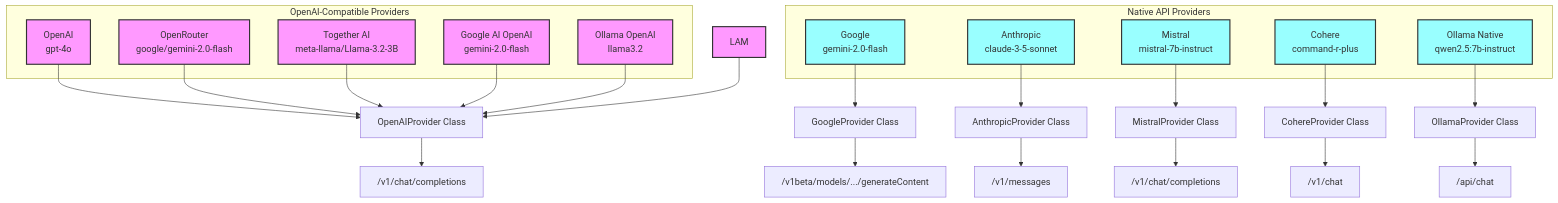
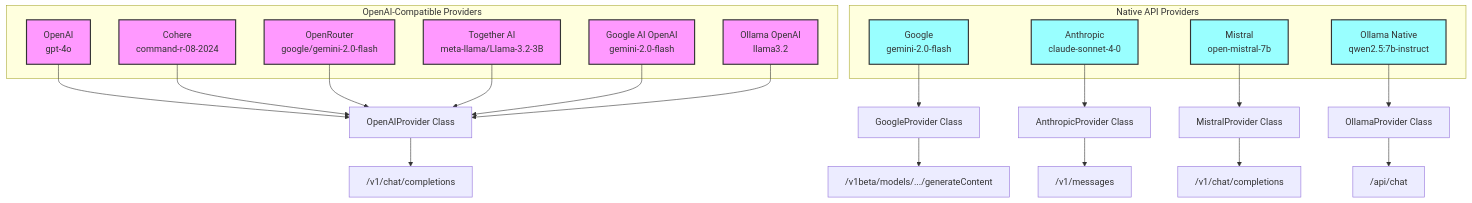
One commit to csells/dartantic_ai changed the diagram in wiki/OpenAI-Compat.md. Above: the diagram before and after it, drawn with Mermaid. The commit also changed other lines of this file and 6 other files, not shown here.

Commit message:
Update default Anthropic model to `claude-sonnet-4-0`

````diff
--- a/wiki/OpenAI-Compat.md
+++ b/wiki/OpenAI-Compat.md
@@ -5,51 +5,48 @@
 ```mermaid
 flowchart TB
     subgraph "OpenAI-Compatible Providers"
         OAI[OpenAI<br/>gpt-4o]
+        COH[Cohere<br/>command-r-08-2024]
         OR[OpenRouter<br/>google/gemini-2.0-flash]
         TOG[Together AI<br/>meta-llama/Llama-3.2-3B]
         GOA[Google AI OpenAI<br/>gemini-2.0-flash]
         OLL[Ollama OpenAI<br/>llama3.2]
     end
-    
+
     subgraph "Native API Providers"
         GOO[Google<br/>gemini-2.0-flash]
-        ANT[Anthropic<br/>claude-3-5-sonnet]
-        MIS[Mistral<br/>mistral-7b-instruct]
-        COH[Cohere<br/>command-r-plus]
+        ANT[Anthropic<br/>claude-sonnet-4-0]
+        MIS[Mistral<br/>open-mistral-7b]
         OLN[Ollama Native<br/>qwen2.5:7b-instruct]
     end
-    
+
     OAI --> OAPIC[OpenAIProvider Class]
+    COH --> OAPIC
     OR --> OAPIC
     TOG --> OAPIC
-    LAM --> OAPIC
     GOA --> OAPIC
     OLL --> OAPIC
-    
+
     GOO --> GOOP[GoogleProvider Class]
     ANT --> ANTP[AnthropicProvider Class]
     MIS --> MISP[MistralProvider Class]
-    COH --> COHP[CohereProvider Class]
     OLN --> OLNP[OllamaProvider Class]
-    
+
     OAPIC --> API1["/v1/chat/completions"]
     GOOP --> API2["/v1beta/models/.../generateContent"]
     ANTP --> API3["/v1/messages"]
     MISP --> API4["/v1/chat/completions"]
-    COHP --> API5["/v1/chat"]
-    OLNP --> API6["/api/chat"]
-    
+    OLNP --> API5["/api/chat"]
+
     style OAI fill:#f9f,stroke:#333,stroke-width:2px
+    style COH fill:#f9f,stroke:#333,stroke-width:2px
     style OR fill:#f9f,stroke:#333,stroke-width:2px
     style TOG fill:#f9f,stroke:#333,stroke-width:2px
-    style LAM fill:#f9f,stroke:#333,stroke-width:2px
     style GOA fill:#f9f,stroke:#333,stroke-width:2px
     style OLL fill:#f9f,stroke:#333,stroke-width:2px
-    
+
     style GOO fill:#9ff,stroke:#333,stroke-width:2px
     style ANT fill:#9ff,stroke:#333,stroke-width:2px
     style MIS fill:#9ff,stroke:#333,stroke-width:2px
-    style COH fill:#9ff,stroke:#333,stroke-width:2px
     style OLN fill:#9ff,stroke:#333,stroke-width:2px
 ```
````
